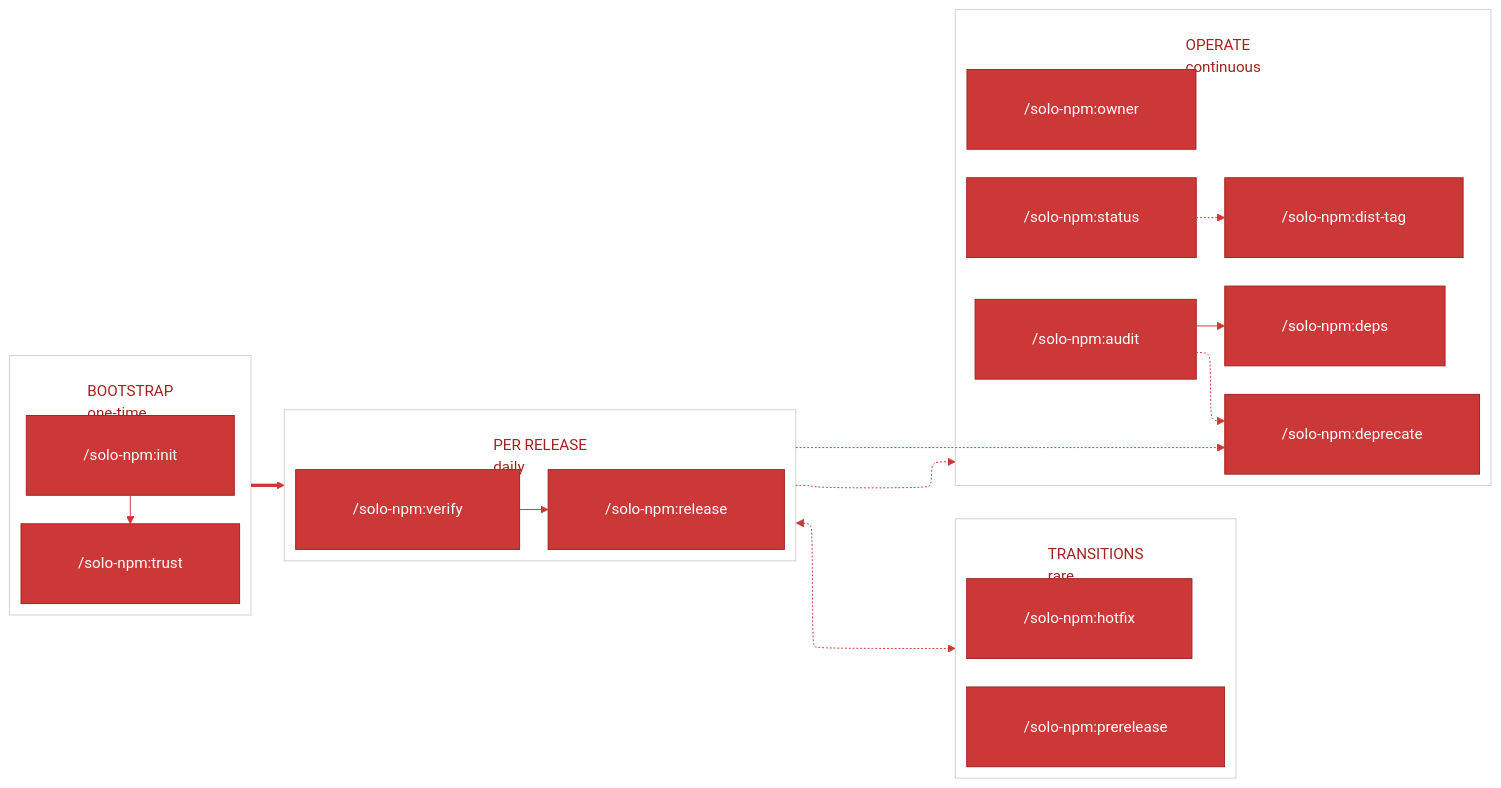
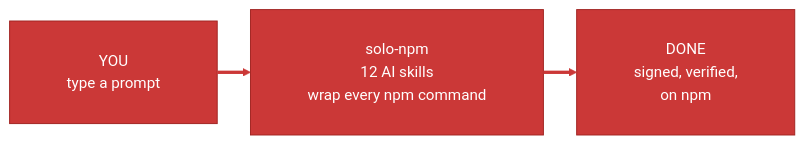
Before and after one commit to gagle/solo-npm: the first of 5 diagrams in README.md, drawn with Mermaid. The commit also changed other lines of this file and 5 other files, not shown here.

First line of the commit message:
docs(diagrams): visibility fix + sales-pitch lifecycle redesign

````diff
--- a/README.md
+++ b/README.md
@@ -11,53 +11,28 @@
 ```mermaid
 %%{init: {'theme':'base','themeVariables':{
   'primaryColor':'#cb3837',
   'primaryTextColor':'#ffffff',
   'primaryBorderColor':'#a02320',
   'lineColor':'#cb3837',
   'secondaryColor':'#a02320',
+  'secondaryTextColor':'#ffffff',
+  'secondaryBorderColor':'#7d1c1a',
   'tertiaryColor':'#7d1c1a',
+  'tertiaryTextColor':'#ffffff',
+  'tertiaryBorderColor':'#5a1413',
   'background':'transparent',
   'mainBkg':'#cb3837',
   'secondBkg':'#a02320',
-  'tertiaryBkg':'transparent',
+  'tertiaryBkg':'#7d1c1a',
   'clusterBkg':'transparent',
   'clusterBorder':'#d0d0d0',
   'titleColor':'#a02320',
   'edgeLabelBackground':'#ffffff',
   'fontFamily':'ui-monospace, monospace'
-},'flowchart':{'defaultRenderer':'elk','padding':30,'nodeSpacing':50,'rankSpacing':60,'subGraphTitleMargin':{'top':25,'bottom':25}},'themeCSS':'.cluster rect { rx: 8; ry: 8; fill: transparent !important; stroke: #d0d0d0 !important; stroke-width: 1.5px; } .node rect { rx: 8; ry: 8; } .edgeLabel { color: #a02320 !important; } .edgeLabel p { color: #a02320 !important; } .edgeLabel rect, .edgeLabel foreignObject > div { background-color: #ffffff !important; }'}}%%
+},'flowchart':{'defaultRenderer':'elk','padding':30,'nodeSpacing':50,'rankSpacing':60,'subGraphTitleMargin':{'top':25,'bottom':25}},'themeCSS':'.cluster rect { rx: 8; ry: 8; fill: transparent !important; stroke: #d0d0d0 !important; stroke-width: 1.5px; } .node rect, .node polygon, .node ellipse, .node circle { rx: 8; ry: 8; } .node .label, .node .label p, .nodeLabel, .nodeLabel p { color: #ffffff !important; fill: #ffffff !important; } .cluster-label, .cluster-label p, .clusterLabel, .clusterLabel p { color: #a02320 !important; fill: #a02320 !important; } .edgeLabel { color: #a02320 !important; } .edgeLabel p { color: #a02320 !important; } .edgeLabel rect, .edgeLabel foreignObject > div { background-color: #ffffff !important; }'}}%%
 flowchart LR
-    subgraph BS["BOOTSTRAP<br/>one-time"]
-        direction TB
-        init["/solo-npm:init"]
-        trust["/solo-npm:trust"]
-        init --> trust
-    end
-    subgraph PR["PER RELEASE<br/>daily"]
-        direction TB
-        verify["/solo-npm:verify"]
-        release["/solo-npm:release"]
-        verify --> release
-    end
-    subgraph LT["TRANSITIONS<br/>rare"]
-        direction TB
-        prerelease["/solo-npm:prerelease"]
-        hotfix["/solo-npm:hotfix"]
-    end
-    subgraph OP["OPERATE<br/>continuous"]
-        direction TB
-        status["/solo-npm:status"]
-        audit["/solo-npm:audit"]
-        deps["/solo-npm:deps"]
-        distTag["/solo-npm:dist-tag"]
-        deprecate["/solo-npm:deprecate"]
-        owner["/solo-npm:owner"]
-        audit --> deps
-        audit -.-> deprecate
-        status -.-> distTag
-    end
-    BS ==> PR
-    PR <-.auto-chain.-> LT
-    PR -.cache-aware.-> OP
-    PR -.post-major.-> deprecate
+    you["YOU<br/>type a prompt"]
+    sn["solo-npm<br/>12 AI skills<br/>wrap every npm command"]
+    done["DONE<br/>signed, verified,<br/>on npm"]
+    you ==> sn ==> done
 ```
````
